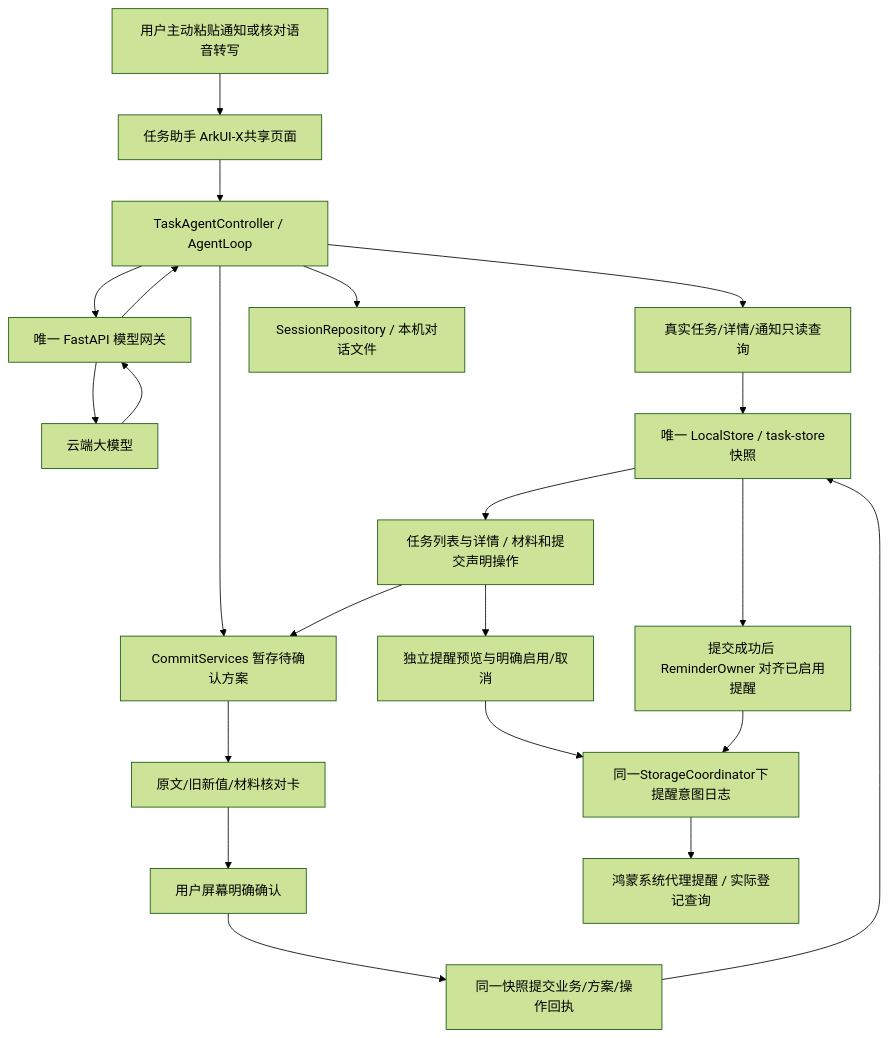
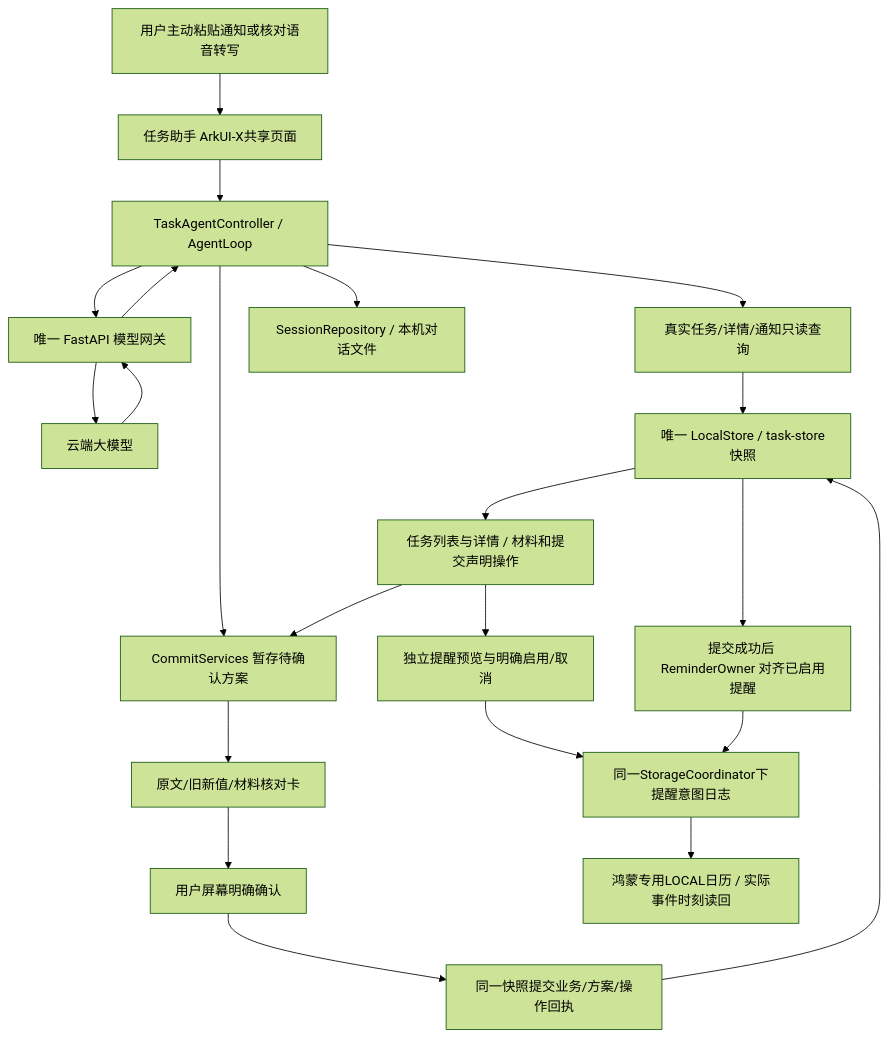
One commit to jfZhang1226/campus-ddl-agent changed the diagram in docs/architecture-current.md. Above: the diagram before and after it, drawn with Mermaid (forest theme). The commit also changed other lines of this file and 3 other files, not shown here.

````diff
--- a/docs/architecture-current.md
+++ b/docs/architecture-current.md
@@ -5,24 +5,24 @@
 ```mermaid
 flowchart TD
   U[用户主动粘贴通知或核对语音转写] --> UI[任务助手 ArkUI-X共享页面]
   UI --> C[TaskAgentController / AgentLoop]
   C --> G[唯一 FastAPI 模型网关]
   G --> M[云端大模型]
   M --> G
   G --> C
   C --> Q[真实任务/详情/通知只读查询]
   Q --> DB[唯一 LocalStore / task-store快照]
   C --> P[CommitServices 暂存待确认方案]
   P --> V[原文/旧新值/材料核对卡]
   V --> OK[用户屏幕明确确认]
   OK --> AT[同一快照提交业务/方案/操作回执]
   AT --> DB
   C --> HS[SessionRepository / 本机对话文件]
   DB --> TB[任务列表与详情 / 材料和提交声明操作]
   TB --> P
   DB --> RO[提交成功后 ReminderOwner 对齐已启用提醒]
   TB --> RC[独立提醒预览与明确启用/取消]
   RC --> RS[同一StorageCoordinator下提醒意图日志]
   RO --> RS
-  RS --> OS[鸿蒙系统代理提醒 / 实际登记查询]
+  RS --> OS[鸿蒙专用LOCAL日历 / 实际事件时刻读回]
 ```
````
